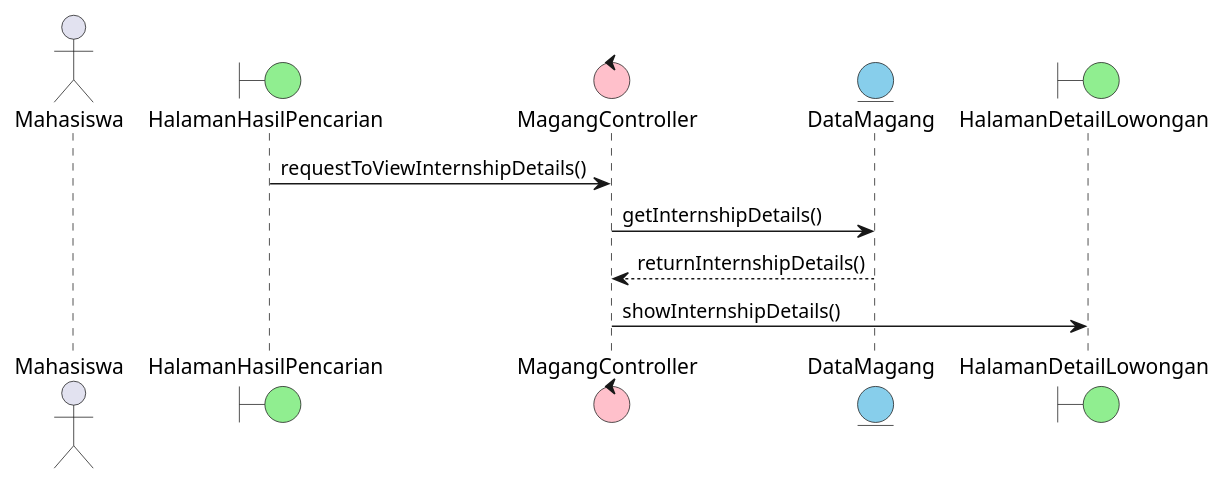
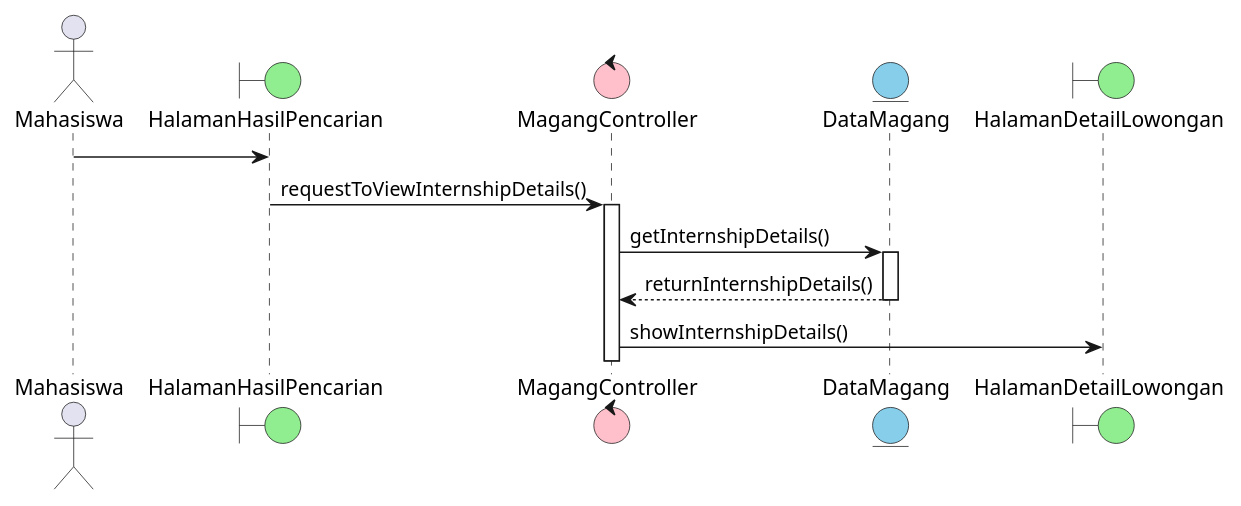
One commit to petrusthelastking/MAGNET-Magang-Network-And-Tracking changed the diagram in docs/sequence-diagram/mahasiswa/03-melihat-detail-lowongan-magang.plantuml. Above: the diagram before and after it, drawn with PlantUML. The commit also changed 6 other files, not shown here.

Commit message:
doc: add streamline to some existing sequence diagram

```diff
--- a/docs/sequence-diagram/mahasiswa/03-melihat-detail-lowongan-magang.plantuml
+++ b/docs/sequence-diagram/mahasiswa/03-melihat-detail-lowongan-magang.plantuml
@@ -1,15 +1,20 @@
 @startuml melihat-detail-lowongan-magang
 
 actor Mahasiswa
 
 boundary HalamanHasilPencarian #LightGreen
 control MagangController #Pink
 entity DataMagang #SkyBlue
 boundary HalamanDetailLowongan #LightGreen
 
+
+Mahasiswa -> HalamanHasilPencarian
 HalamanHasilPencarian -> MagangController : requestToViewInternshipDetails()
+activate MagangController
 MagangController -> DataMagang : getInternshipDetails()
+activate DataMagang
 DataMagang --> MagangController : returnInternshipDetails()
+deactivate DataMagang
 MagangController -> HalamanDetailLowongan : showInternshipDetails()
 
 @enduml
```
